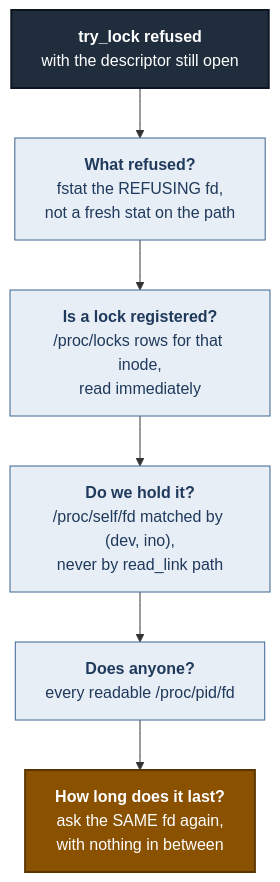
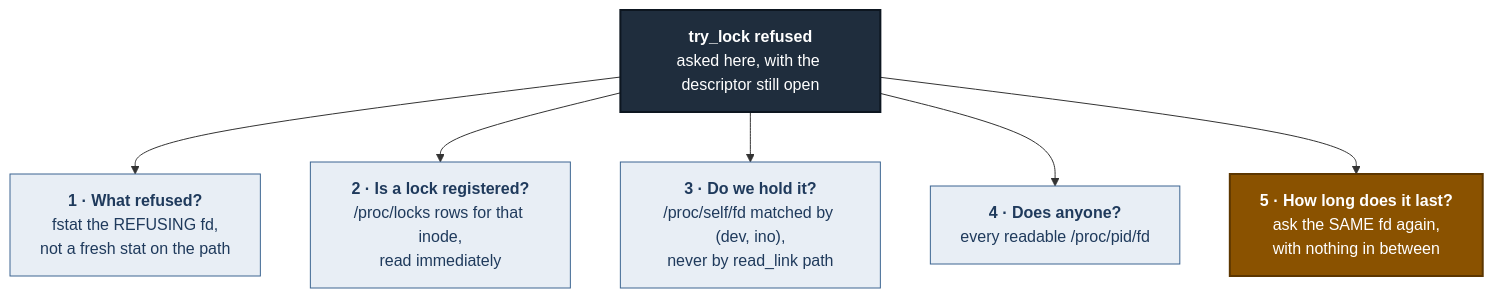
The third of 8 diagrams in docs/adr/0111-one-refusal-is-not-evidence-of-an-owner.md (tom2025b/git-vista), drawn with Mermaid before and after one commit. The commit also changed other lines of this file and 1 other file, not shown here.

First line of the commit message:
docs(#598): ADR 0111 records why one try_lock refusal proves nothing

````diff
--- a/docs/adr/0111-one-refusal-is-not-evidence-of-an-owner.md
+++ b/docs/adr/0111-one-refusal-is-not-evidence-of-an-owner.md
@@ -136,18 +135,22 @@
 ```mermaid
 flowchart TD
-    R["<b>try_lock refused</b><br/>with the descriptor still open"]
-    Q1["<b>What refused?</b><br/>fstat the REFUSING fd,<br/>not a fresh stat on the path"]
-    Q2["<b>Is a lock registered?</b><br/>/proc/locks rows for that inode,<br/>read immediately"]
-    Q3["<b>Do we hold it?</b><br/>/proc/self/fd matched by (dev, ino),<br/>never by read_link path"]
-    Q4["<b>Does anyone?</b><br/>every readable /proc/pid/fd"]
-    Q5["<b>How long does it last?</b><br/>ask the SAME fd again,<br/>with nothing in between"]
+    R["<b>try_lock refused</b><br/>asked here, with the descriptor still open"]
+    Q1["<b>1 · What refused?</b><br/>fstat the REFUSING fd,<br/>not a fresh stat on the path"]
+    Q2["<b>2 · Is a lock registered?</b><br/>/proc/locks rows for that inode,<br/>read immediately"]
+    Q3["<b>3 · Do we hold it?</b><br/>/proc/self/fd matched by (dev, ino),<br/>never by read_link path"]
+    Q4["<b>4 · Does anyone?</b><br/>every readable /proc/pid/fd"]
+    Q5["<b>5 · How long does it last?</b><br/>ask the SAME fd again,<br/>with nothing in between"]
 
-    R --> Q1 --> Q2 --> Q3 --> Q4 --> Q5
+    R --> Q1
+    R --> Q2
+    R --> Q3
+    R --> Q4
+    R --> Q5
 
     classDef start fill:#1f2d3d,color:#ffffff,stroke:#0d1620,stroke-width:2px
     classDef q fill:#e8eef5,color:#1f3a5c,stroke:#3d6591,stroke-width:1px
     classDef key fill:#8a5200,color:#ffffff,stroke:#5c3600,stroke-width:2px
     class R start
     class Q1,Q2,Q3,Q4 q
     class Q5 key
 ```
````
